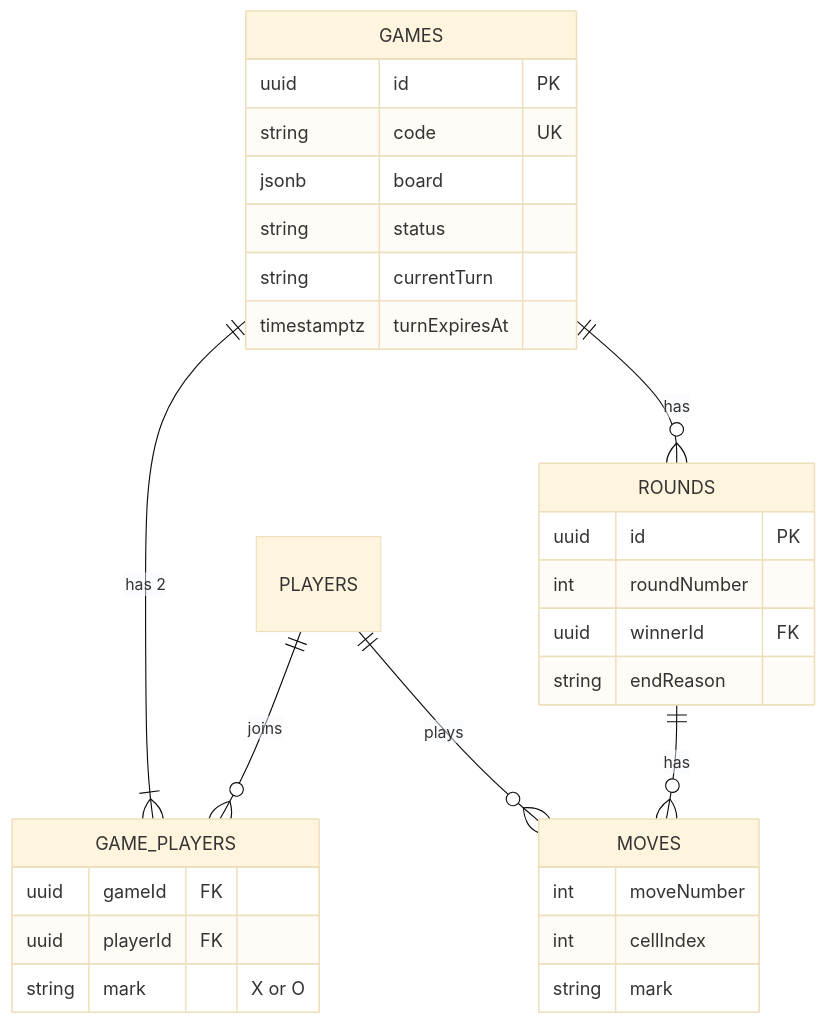
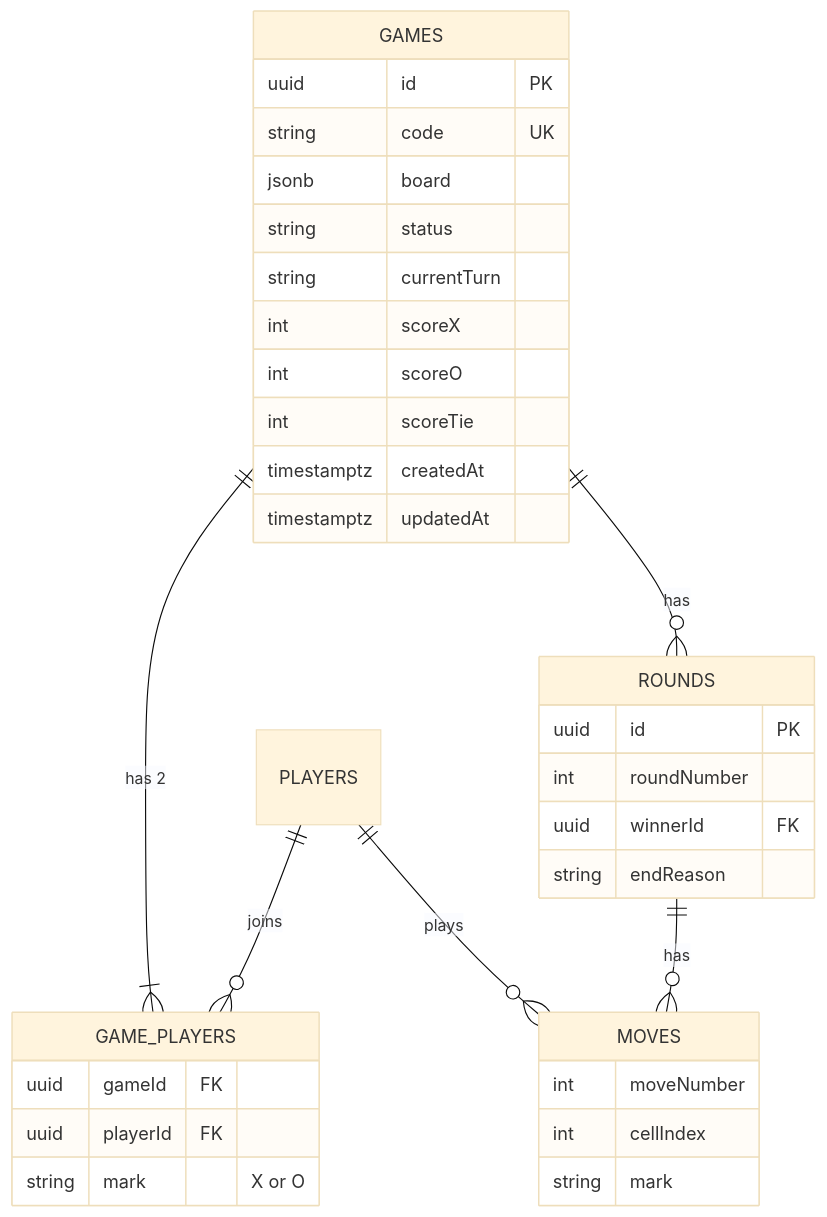
The second of 2 diagrams in README.md (emmagoke/realtime-tic-tac-toe), drawn with Mermaid (base theme) before and after one commit.

````diff
--- a/README.md
+++ b/README.md
@@ -56,33 +56,37 @@
 ```mermaid
 erDiagram
   PLAYERS ||--o{ GAME_PLAYERS : "joins"
   GAMES ||--|{ GAME_PLAYERS : "has 2"
   GAMES ||--o{ ROUNDS : "has"
   ROUNDS ||--o{ MOVES : "has"
   PLAYERS ||--o{ MOVES : "plays"
 
   GAMES {
     uuid id PK
     string code UK
     jsonb board
     string status
     string currentTurn
-    timestamptz turnExpiresAt
+    int scoreX
+    int scoreO
+    int scoreTie
+    timestamptz createdAt
+    timestamptz updatedAt
   }
   GAME_PLAYERS {
     uuid gameId FK
     uuid playerId FK
     string mark "X or O"
   }
   ROUNDS {
     uuid id PK
     int roundNumber
     uuid winnerId FK
     string endReason
   }
   MOVES {
     int moveNumber
     int cellIndex
     string mark
   }
 ```
````
